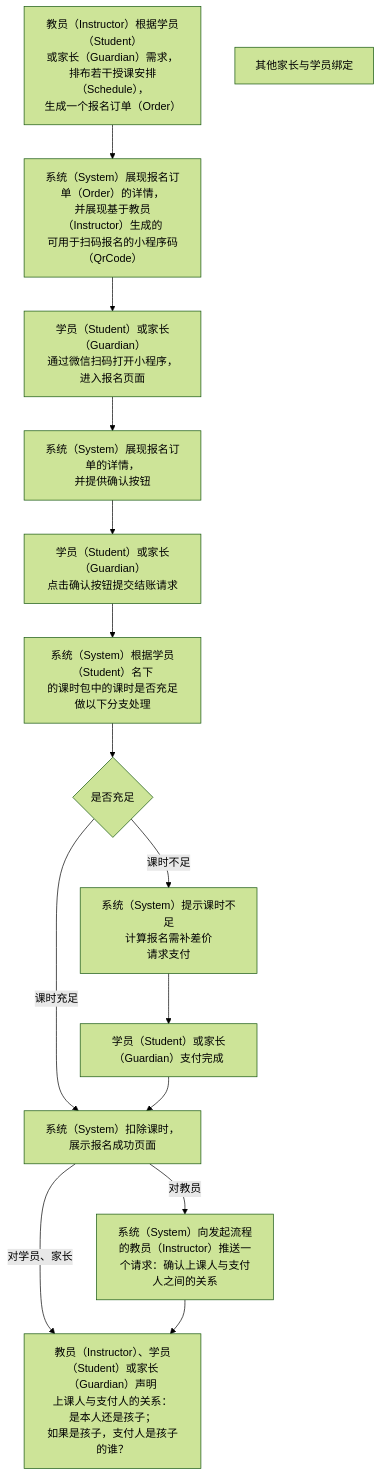
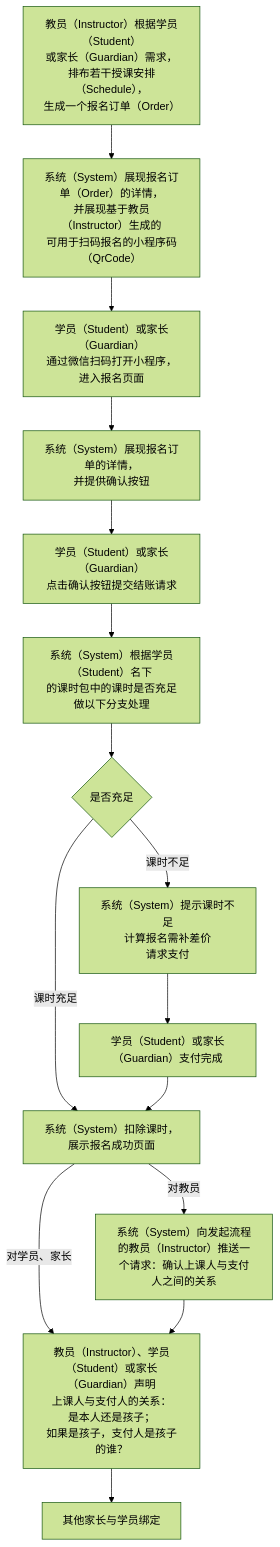
The diagram in 用例/报名.md (world-wide-web/sign), drawn with Mermaid (forest theme) before and after one commit. The commit also changed other lines of this file, not shown here.

````diff
--- a/用例/报名.md
+++ b/用例/报名.md
@@ -8,43 +8,44 @@
 ```mermaid
 graph TD
 
 生成报名订单-->生成报名码
 生成报名码-->扫码报名
 扫码报名-->展现报名订单
 展现报名订单-->确认并提交结账请求
 确认并提交结账请求-->检查课时数量
 检查课时数量-->判断课时数量
 判断课时数量--课时充足-->扣课并提示报名成功
 判断课时数量--课时不足-->请求支付
 请求支付-->支付完成
 支付完成-->扣课并提示报名成功
 扣课并提示报名成功--对教员-->请求身份声明
 扣课并提示报名成功--"对学员、家长"-->身份声明
 请求身份声明-->身份声明
+身份声明-->其他家长与学员绑定
 
 生成报名订单["<center>教员（Instructor）根据学员（Student）<br>或家长（Guardian）需求，<br>排布若干授课安排（Schedule），<br>生成一个报名订单（Order）</center>"]
 
 生成报名码["<center>系统（System）展现报名订单（Order）的详情，<br>并展现基于教员（Instructor）生成的<br>可用于扫码报名的小程序码（QrCode）</center>"]
 
 扫码报名["<center>学员（Student）或家长（Guardian）<br>通过微信扫码打开小程序，进入报名页面</center>"]
 
 展现报名订单["<center>系统（System）展现报名订单的详情，<br>并提供确认按钮</center>"]
 
 确认并提交结账请求["<center>学员（Student）或家长（Guardian）<br>点击确认按钮提交结账请求</center>"]
 
 检查课时数量["<center>系统（System）根据学员（Student）名下<br>的课时包中的课时是否充足做以下分支处理</center>"]
 
 判断课时数量{"<center>是否充足</center>"}
 
 请求支付["<center>系统（System）提示课时不足<br>计算报名需补差价<br>请求支付</center>"]
 
 支付完成["<center>学员（Student）或家长（Guardian）支付完成</center>"]
 
 扣课并提示报名成功["<center>系统（System）扣除课时，展示报名成功页面</center>"]
 
 请求身份声明["<center>系统（System）向发起流程的教员（Instructor）推送一个请求：确认上课人与支付人之间的关系</center>"]
 
 身份声明["<center>教员（Instructor）、学员（Student）或家长（Guardian）声明<br>上课人与支付人的关系：<br>是本人还是孩子；<br>如果是孩子，支付人是孩子的谁？</center>"]
 
 其他家长与学员绑定
 ```
````
